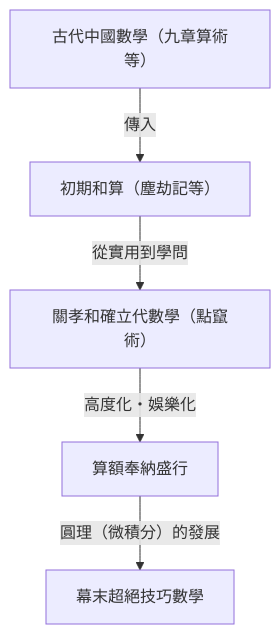
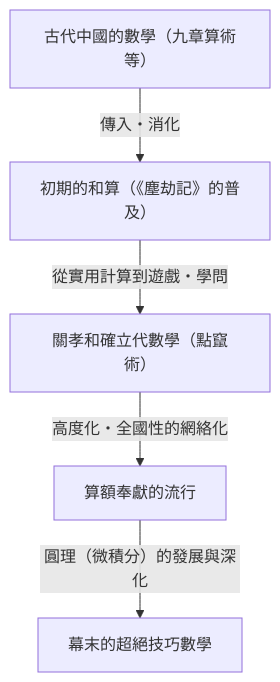
Before and after one commit to kenjinote/blog: the first of 2 diagrams in content/post/history-of-wasan-japanese-mathematics/index.zh-tw.md, drawn with Mermaid. The commit also changed other lines of this file and 129 other files, not shown here.

````diff
--- a/content/post/history-of-wasan-japanese-mathematics/index.zh-tw.md
+++ b/content/post/history-of-wasan-japanese-mathematics/index.zh-tw.md
@@ -17,7 +25,7 @@
 ```mermaid
 graph TD
-    A["古代中國數學（九章算術等）"] -- "傳入" --> B["初期和算（塵劫記等）"]
-    B -- "從實用到學問" --> C["關孝和確立代數學（點竄術）"]
-    C -- "高度化・娛樂化" --> D["算額奉納盛行"]
-    D -- "圓理（微積分）的發展" --> E["幕末超絕技巧數學"]
+    A["古代中國的數學（九章算術等）"] -- "傳入・消化" --> B["初期的和算（《塵劫記》的普及）"]
+    B -- "從實用計算到遊戲・學問" --> C["關孝和確立代數學（點竄術）"]
+    C -- "高度化・全國性的網絡化" --> D["算額奉獻的流行"]
+    D -- "圓理（微積分）的發展與深化" --> E["幕末的超絕技巧數學"]
 ```
````
